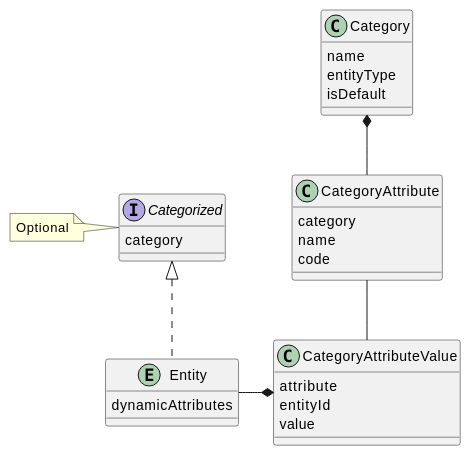
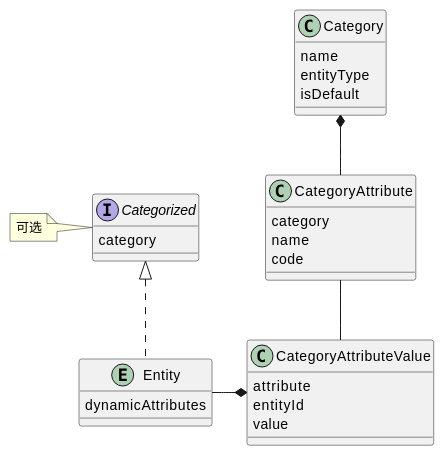
The diagram in content/modules/dyn-attr/pages/dynattr-api.adoc (jmix-framework/jmix-docs), drawn with PlantUML before and after one commit. The commit also changed 96 other files, not shown here.

```diff
--- a/content/modules/dyn-attr/pages/dynattr-api.adoc
+++ b/content/modules/dyn-attr/pages/dynattr-api.adoc
@@ -7,42 +7,42 @@
 [plantuml]
 ....
 @startuml
 
 interface Categorized {
     category
 }
 
 entity Entity {
     dynamicAttributes
 }
 
 class CategoryAttributeValue {
     attribute
     entityId
     value
 }
 
 class Category {
     name
     entityType
     isDefault
 }
 
 class CategoryAttribute {
     category
     name
     code
 }
 
-note left of Categorized : Optional
+note left of Categorized : 可选
 
 Categorized <|.. Entity
 
 Entity -* CategoryAttributeValue
 
 CategoryAttribute -- CategoryAttributeValue
 
 Category *-- CategoryAttribute
 
 @enduml
 ....
```
